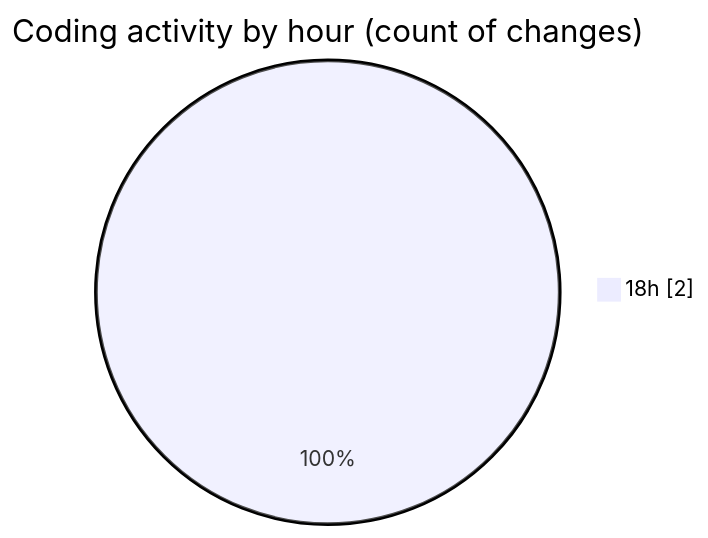
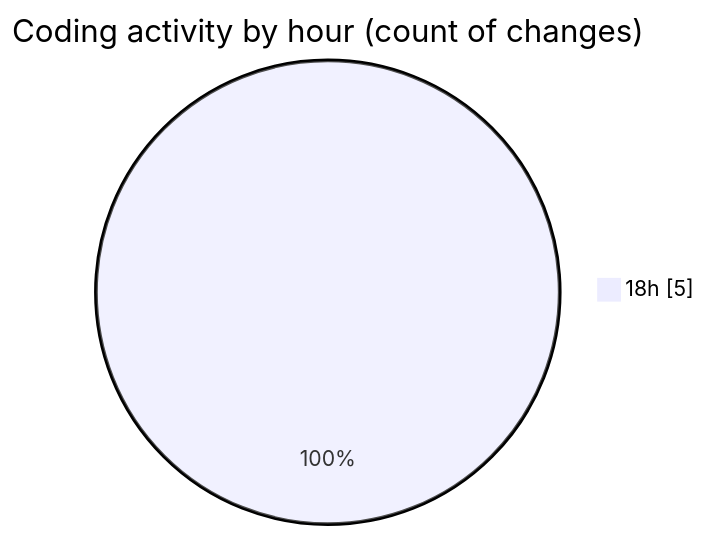
Before and after one commit to JenPaints/code-tracking: the second of 2 diagrams in 2025-06-22/1bhk_life/README.md, drawn with Mermaid. The commit also changed other lines of this file and 1 other file, not shown here.

````diff
--- a/2025-06-22/1bhk_life/README.md
+++ b/2025-06-22/1bhk_life/README.md
@@ -30,5 +30,5 @@
 ```mermaid
 pie showData
 title Coding activity by hour (count of changes)
-"18h" : 2
+"18h" : 5
 ```
````
